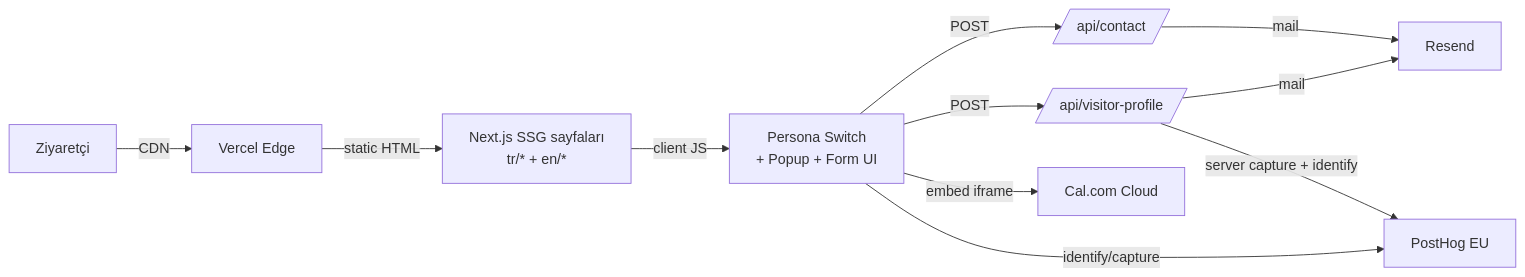
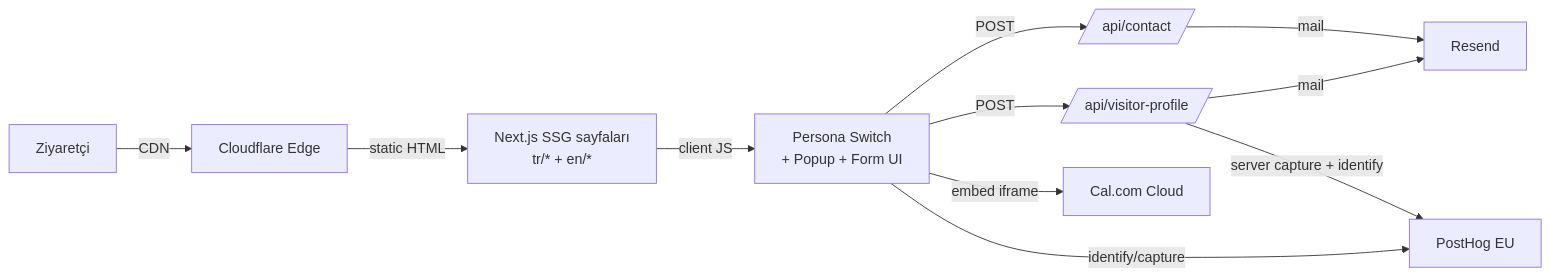
One commit to burakardaozgul/indoles_new changed the first of 6 diagrams in docs/05-tech-architecture.md. Above: the diagram before and after it, drawn with Mermaid. The commit also changed other lines of this file and 12 other files, not shown here.

````diff
--- a/docs/05-tech-architecture.md
+++ b/docs/05-tech-architecture.md
@@ -71,13 +71,13 @@
 ```mermaid
 graph LR
-    U[Ziyaretçi] -->|CDN| V[Vercel Edge]
+    U[Ziyaretçi] -->|CDN| V[Cloudflare Edge]
     V -->|static HTML| S[Next.js SSG sayfaları<br/>tr/* + en/*]
     S -->|client JS| P[Persona Switch<br/>+ Popup + Form UI]
     P -->|POST| A1[/api/contact/]
     P -->|POST| A2[/api/visitor-profile/]
     P -->|embed iframe| C[Cal.com Cloud]
     P -->|identify/capture| PH[PostHog EU]
     A1 -->|mail| R[Resend]
     A2 -->|mail| R
     A2 -->|server capture + identify| PH
 ```
````
